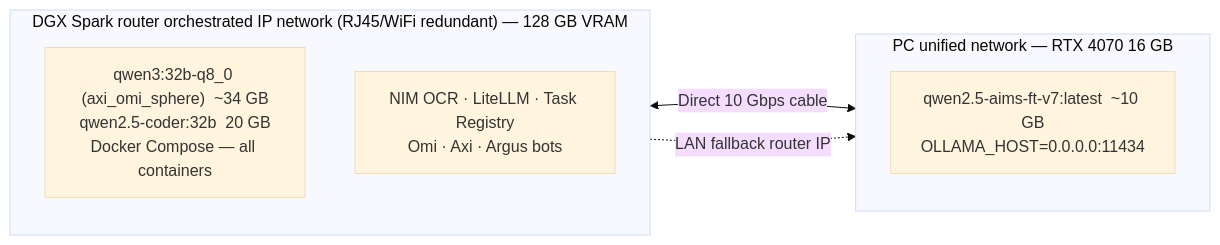
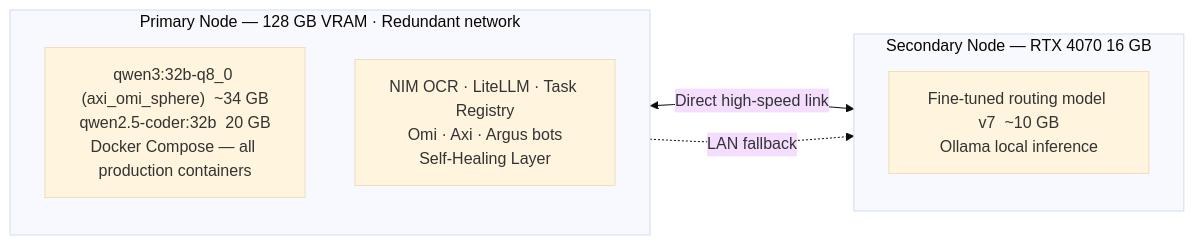
Before and after one commit to AxiOMSphereAssistanceAIMS/AxiOMSphere: diagram 12 of 12 in README.md, drawn with Mermaid (base theme). The commit also changed other lines of this file, not shown here.

Commit message:
docs: update README — NIM migration, self-healing layer, Autonomy CP v1 certified

````diff
--- a/README.md
+++ b/README.md
@@ -595,12 +631,12 @@
 ```mermaid
 graph LR
-    subgraph DGX["DGX Spark router orchestrated IP network (RJ45/WiFi redundant)  —  128 GB VRAM"]
-        DGX_MODELS["qwen3:32b-q8_0 (axi_omi_sphere)  ~34 GB\nqwen2.5-coder:32b  20 GB\nDocker Compose — all containers"]
-        DGX_DOCKER["NIM OCR · LiteLLM · Task Registry\nOmi · Axi · Argus bots"]
+    subgraph DGX["Primary Node — 128 GB VRAM · Redundant network"]
+        DGX_MODELS["qwen3:32b-q8_0 (axi_omi_sphere)  ~34 GB\nqwen2.5-coder:32b  20 GB\nDocker Compose — all production containers"]
+        DGX_DOCKER["NIM OCR · LiteLLM · Task Registry\nOmi · Axi · Argus bots\nSelf-Healing Layer"]
     end
-    subgraph PC["PC  unified network  —  RTX 4070 16 GB"]
-        PC_MODELS["qwen2.5-aims-ft-v7:latest  ~10 GB\nOLLAMA_HOST=0.0.0.0:11434"]
+    subgraph PC["Secondary Node — RTX 4070 16 GB"]
+        PC_MODELS["Fine-tuned routing model v7  ~10 GB\nOllama local inference"]
     end
-    DGX <-->|"Direct 10 Gbps cable"| PC
-    DGX -.->|"LAN fallback router IP"| PC
+    DGX <-->|"Direct high-speed link"| PC
+    DGX -.->|"LAN fallback"| PC
 ```
````
